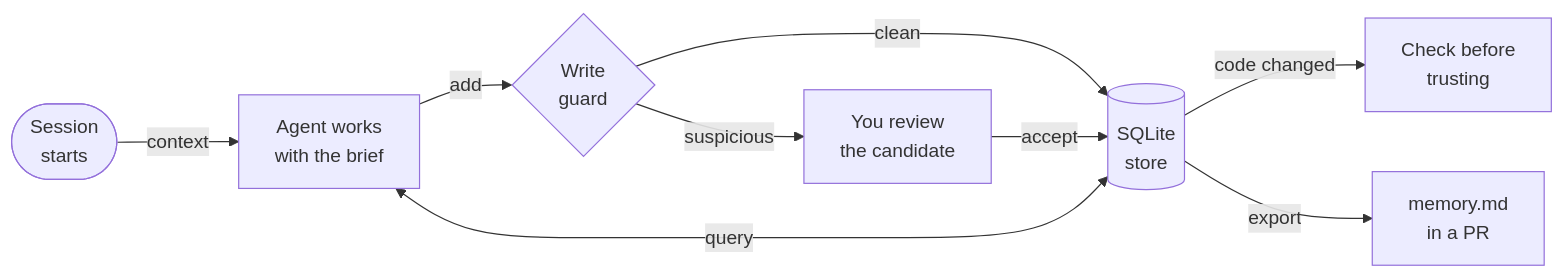
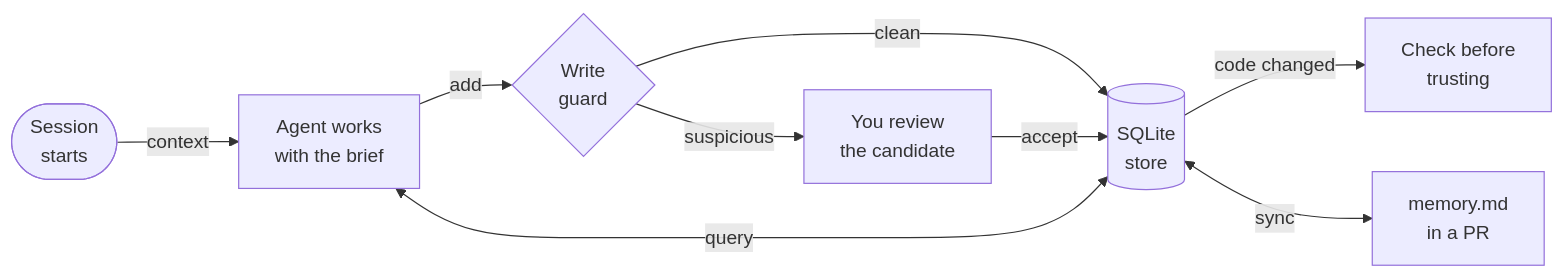
The diagram in README.md (KJ-AIML/memctrl), drawn with Mermaid before and after one commit. The commit also changed other lines of this file and 5 other files, not shown here.

````diff
--- a/README.md
+++ b/README.md
@@ -113,11 +103,11 @@
 ```mermaid
 flowchart LR
     start(["Session<br/>starts"]) -- "context" --> agent["Agent works<br/>with the brief"]
     agent -- "add" --> guard{"Write<br/>guard"}
     guard -- "clean" --> store[("SQLite<br/>store")]
     guard -- "suspicious" --> review["You review<br/>the candidate"]
     review -- "accept" --> store
     agent <-- "query" --> store
     store -- "code changed" --> stale["Check before<br/>trusting"]
-    store -- "export" --> md["memory.md<br/>in a PR"]
+    store <-- "sync" --> md["memory.md<br/>in a PR"]
 ```
````
